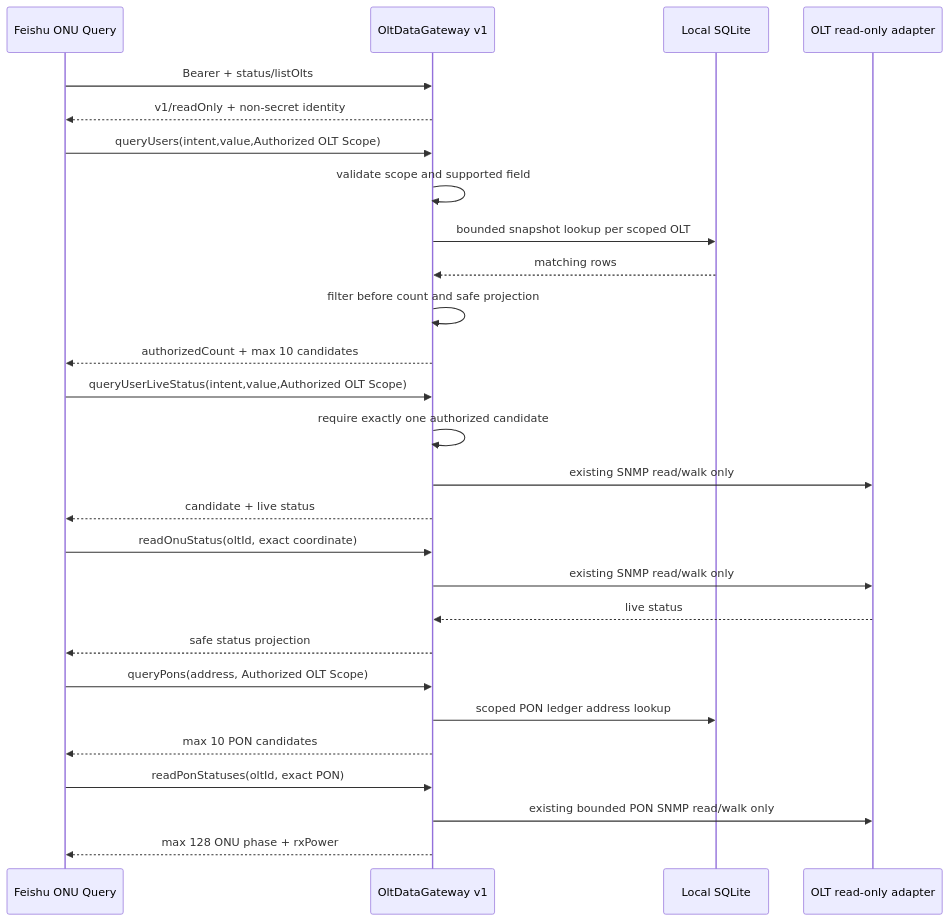
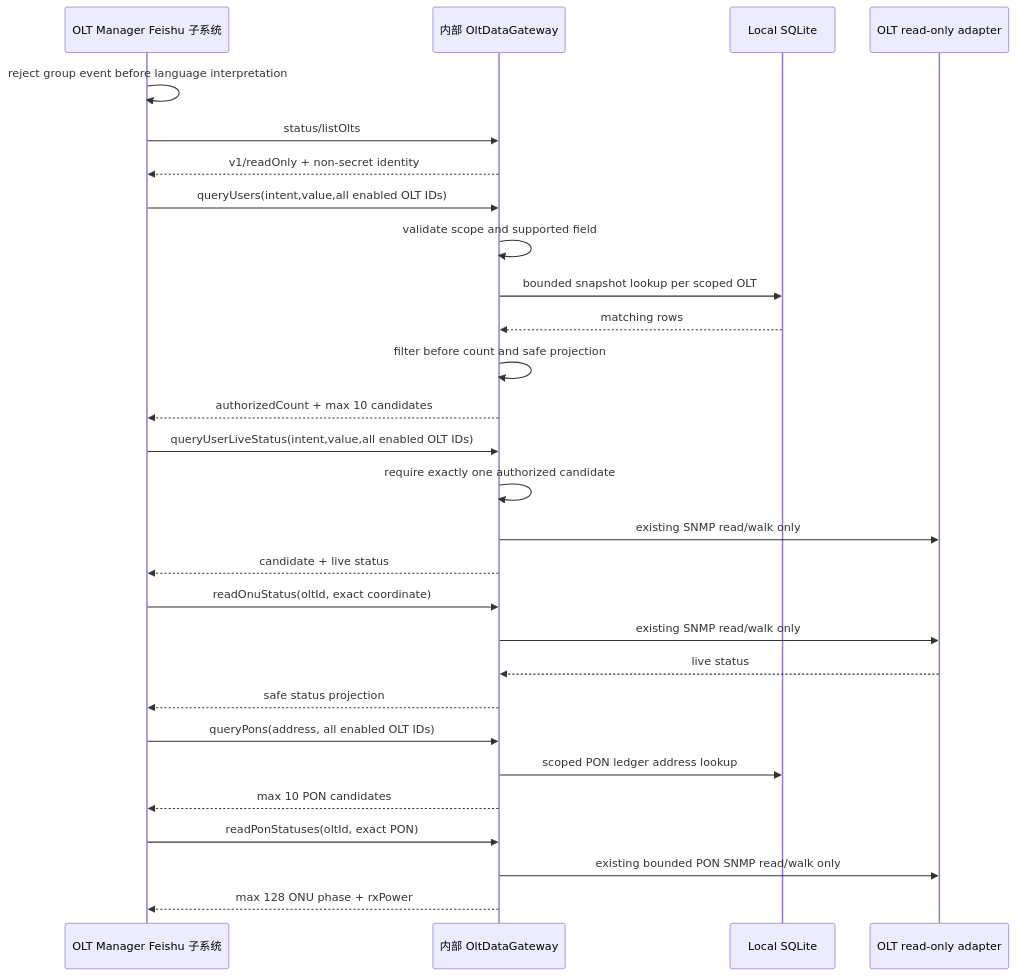
One commit to landvd/OLT-Manager changed the first of 12 diagrams in docs/design/sequence.md. Above: the diagram before and after it, drawn with Mermaid. The commit also changed other lines of this file and 31 other files, not shown here.

Commit message:
feat: migrate Feishu query subsystem

````diff
--- a/docs/design/sequence.md
+++ b/docs/design/sequence.md
@@ -7,29 +7,30 @@
 ```mermaid
 sequenceDiagram
-  participant Feishu as Feishu ONU Query
-  participant Gateway as OltDataGateway v1
+  participant Feishu as OLT Manager Feishu 子系统
+  participant Gateway as 内部 OltDataGateway
   participant DB as Local SQLite
   participant OLT as OLT read-only adapter
-  Feishu->>Gateway: Bearer + status/listOlts
+  Feishu->>Feishu: reject group event before language interpretation
+  Feishu->>Gateway: status/listOlts
   Gateway-->>Feishu: v1/readOnly + non-secret identity
-  Feishu->>Gateway: queryUsers(intent,value,Authorized OLT Scope)
+  Feishu->>Gateway: queryUsers(intent,value,all enabled OLT IDs)
   Gateway->>Gateway: validate scope and supported field
   Gateway->>DB: bounded snapshot lookup per scoped OLT
   DB-->>Gateway: matching rows
   Gateway->>Gateway: filter before count and safe projection
   Gateway-->>Feishu: authorizedCount + max 10 candidates
-  Feishu->>Gateway: queryUserLiveStatus(intent,value,Authorized OLT Scope)
+  Feishu->>Gateway: queryUserLiveStatus(intent,value,all enabled OLT IDs)
   Gateway->>Gateway: require exactly one authorized candidate
   Gateway->>OLT: existing SNMP read/walk only
   Gateway-->>Feishu: candidate + live status
   Feishu->>Gateway: readOnuStatus(oltId, exact coordinate)
   Gateway->>OLT: existing SNMP read/walk only
   OLT-->>Gateway: live status
   Gateway-->>Feishu: safe status projection
-  Feishu->>Gateway: queryPons(address, Authorized OLT Scope)
+  Feishu->>Gateway: queryPons(address, all enabled OLT IDs)
   Gateway->>DB: scoped PON ledger address lookup
   Gateway-->>Feishu: max 10 PON candidates
   Feishu->>Gateway: readPonStatuses(oltId, exact PON)
   Gateway->>OLT: existing bounded PON SNMP read/walk only
   Gateway-->>Feishu: max 128 ONU phase + rxPower
 ```
````
